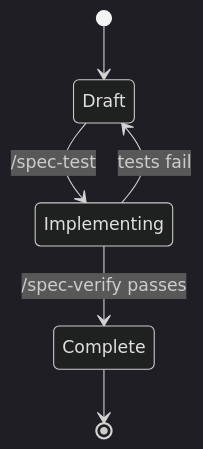
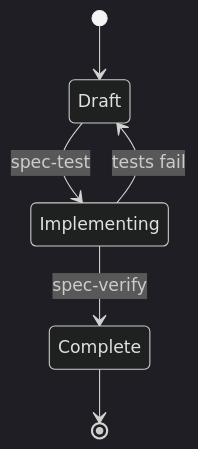
One commit to jiraguha/my-personal-website changed the third of 4 diagrams in src/content/posts/mermaid-demo.md. Above: the diagram before and after it, drawn with Mermaid (dark theme). The commit also changed other lines of this file and 3 other files, not shown here.

First line of the commit message:
feat(003-mermaid): promote prototype to full — add tests, fix failures, mark complete

````diff
--- a/src/content/posts/mermaid-demo.md
+++ b/src/content/posts/mermaid-demo.md
@@ -42,8 +42,8 @@
 ```mermaid
 stateDiagram-v2
   [*] --> Draft
-  Draft --> Implementing: /spec-test
-  Implementing --> Complete: /spec-verify passes
+  Draft --> Implementing : spec-test
+  Implementing --> Complete : spec-verify
   Complete --> [*]
-  Implementing --> Draft: tests fail
+  Implementing --> Draft : tests fail
 ```
````
